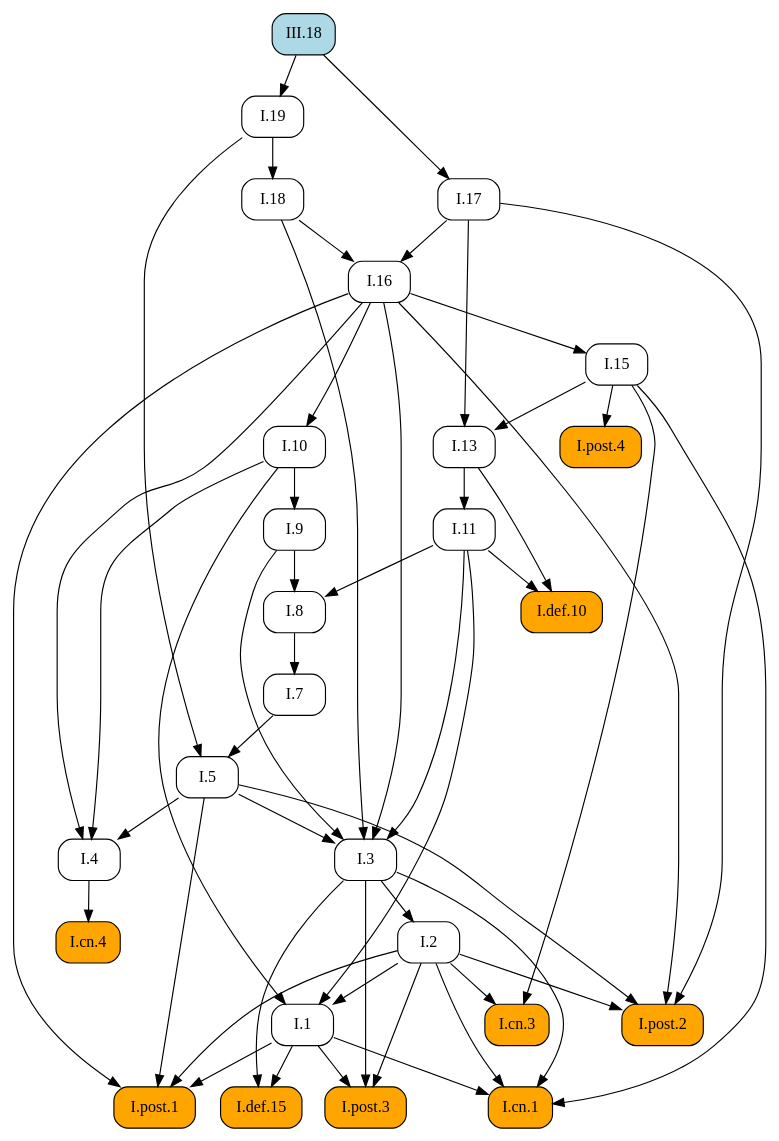
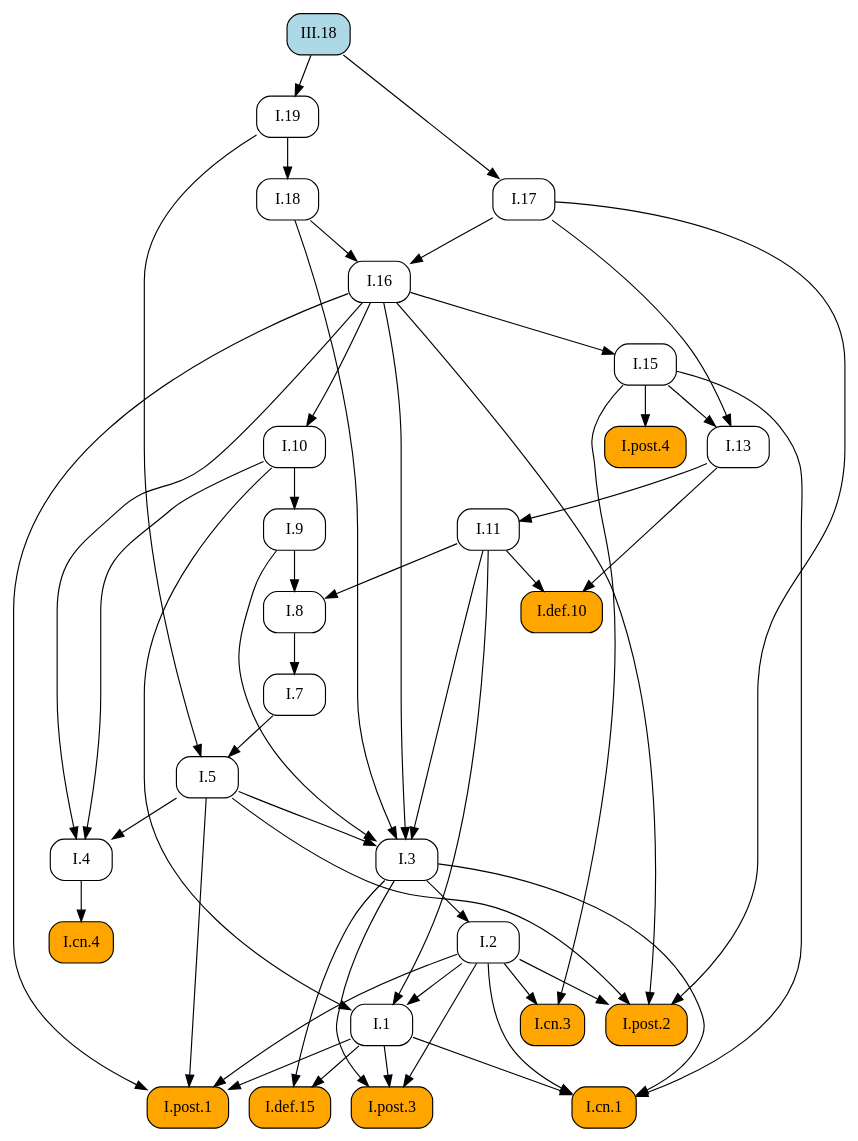
The diagram in docsrc/elements2/III/18/index.rst (geometor/elements), drawn with Graphviz before and after one commit. The commit also changed other lines of this file and 409 other files, not shown here.

First line of the commit message:
feat: Add image cropping and graphic extraction script

```diff
--- a/docsrc/elements2/III/18/index.rst
+++ b/docsrc/elements2/III/18/index.rst
@@ -67,81 +67,81 @@
    digraph {
      rankdir="TB";
      node [shape=box, style=rounded];
+     "III.18" [style="rounded,filled", fillcolor=lightblue, URL="/elements2/III/18/", target="_top"];
+     "I.def.15" [style="rounded,filled", fillcolor=orange, URL="/elements2/I/def.15/", target="_top"];
+     "I.19" [URL="/elements2/I/19/", target="_top"];
+     "I.18" [URL="/elements2/I/18/", target="_top"];
+     "I.11" [URL="/elements2/I/11/", target="_top"];
+     "I.def.10" [style="rounded,filled", fillcolor=orange, URL="/elements2/I/def.10/", target="_top"];
      "I.8" [URL="/elements2/I/8/", target="_top"];
-     "I.19" [URL="/elements2/I/19/", target="_top"];
+     "I.5" [URL="/elements2/I/5/", target="_top"];
+     "I.15" [URL="/elements2/I/15/", target="_top"];
+     "I.3" [URL="/elements2/I/3/", target="_top"];
+     "I.10" [URL="/elements2/I/10/", target="_top"];
+     "I.17" [URL="/elements2/I/17/", target="_top"];
+     "I.cn.3" [style="rounded,filled", fillcolor=orange, URL="/elements2/I/cn.3/", target="_top"];
+     "I.cn.1" [style="rounded,filled", fillcolor=orange, URL="/elements2/I/cn.1/", target="_top"];
+     "I.13" [URL="/elements2/I/13/", target="_top"];
+     "I.4" [URL="/elements2/I/4/", target="_top"];
+     "I.post.3" [style="rounded,filled", fillcolor=orange, URL="/elements2/I/post.3/", target="_top"];
+     "I.7" [URL="/elements2/I/7/", target="_top"];
+     "I.9" [URL="/elements2/I/9/", target="_top"];
+     "I.16" [URL="/elements2/I/16/", target="_top"];
+     "I.post.1" [style="rounded,filled", fillcolor=orange, URL="/elements2/I/post.1/", target="_top"];
+     "I.2" [URL="/elements2/I/2/", target="_top"];
      "I.1" [URL="/elements2/I/1/", target="_top"];
-     "I.cn.3" [style="rounded,filled", fillcolor=orange, URL="/elements2/I/cn.3/", target="_top"];
+     "I.post.4" [style="rounded,filled", fillcolor=orange, URL="/elements2/I/post.4/", target="_top"];
      "I.cn.4" [style="rounded,filled", fillcolor=orange, URL="/elements2/I/cn.4/", target="_top"];
-     "I.7" [URL="/elements2/I/7/", target="_top"];
-     "I.17" [URL="/elements2/I/17/", target="_top"];
-     "I.post.1" [style="rounded,filled", fillcolor=orange, URL="/elements2/I/post.1/", target="_top"];
-     "I.9" [URL="/elements2/I/9/", target="_top"];
-     "I.5" [URL="/elements2/I/5/", target="_top"];
-     "I.cn.1" [style="rounded,filled", fillcolor=orange, URL="/elements2/I/cn.1/", target="_top"];
-     "I.16" [URL="/elements2/I/16/", target="_top"];
-     "I.def.10" [style="rounded,filled", fillcolor=orange, URL="/elements2/I/def.10/", target="_top"];
-     "I.18" [URL="/elements2/I/18/", target="_top"];
-     "I.13" [URL="/elements2/I/13/", target="_top"];
-     "I.post.4" [style="rounded,filled", fillcolor=orange, URL="/elements2/I/post.4/", target="_top"];
-     "I.2" [URL="/elements2/I/2/", target="_top"];
-     "I.def.15" [style="rounded,filled", fillcolor=orange, URL="/elements2/I/def.15/", target="_top"];
-     "I.4" [URL="/elements2/I/4/", target="_top"];
-     "III.18" [style="rounded,filled", fillcolor=lightblue, URL="/elements2/III/18/", target="_top"];
-     "I.11" [URL="/elements2/I/11/", target="_top"];
-     "I.10" [URL="/elements2/I/10/", target="_top"];
-     "I.15" [URL="/elements2/I/15/", target="_top"];
      "I.post.2" [style="rounded,filled", fillcolor=orange, URL="/elements2/I/post.2/", target="_top"];
-     "I.3" [URL="/elements2/I/3/", target="_top"];
-     "I.post.3" [style="rounded,filled", fillcolor=orange, URL="/elements2/I/post.3/", target="_top"];
+     "I.1" -> "I.def.15";
+     "I.3" -> "I.def.15";
+     "III.18" -> "I.19";
+     "I.19" -> "I.18";
+     "I.13" -> "I.11";
+     "I.11" -> "I.def.10";
+     "I.13" -> "I.def.10";
      "I.9" -> "I.8";
      "I.11" -> "I.8";
-     "III.18" -> "I.19";
-     "I.2" -> "I.1";
-     "I.10" -> "I.1";
-     "I.11" -> "I.1";
-     "I.2" -> "I.cn.3";
-     "I.15" -> "I.cn.3";
-     "I.4" -> "I.cn.4";
-     "I.8" -> "I.7";
-     "III.18" -> "I.17";
-     "I.1" -> "I.post.1";
-     "I.2" -> "I.post.1";
-     "I.5" -> "I.post.1";
-     "I.16" -> "I.post.1";
-     "I.10" -> "I.9";
      "I.7" -> "I.5";
      "I.19" -> "I.5";
-     "I.1" -> "I.cn.1";
-     "I.2" -> "I.cn.1";
-     "I.3" -> "I.cn.1";
-     "I.15" -> "I.cn.1";
-     "I.17" -> "I.16";
-     "I.18" -> "I.16";
-     "I.11" -> "I.def.10";
-     "I.13" -> "I.def.10";
-     "I.19" -> "I.18";
-     "I.15" -> "I.13";
-     "I.17" -> "I.13";
-     "I.15" -> "I.post.4";
-     "I.3" -> "I.2";
-     "I.1" -> "I.def.15";
-     "I.3" -> "I.def.15";
-     "I.5" -> "I.4";
-     "I.10" -> "I.4";
-     "I.16" -> "I.4";
-     "I.13" -> "I.11";
-     "I.16" -> "I.10";
      "I.16" -> "I.15";
-     "I.2" -> "I.post.2";
-     "I.5" -> "I.post.2";
-     "I.16" -> "I.post.2";
-     "I.17" -> "I.post.2";
      "I.5" -> "I.3";
      "I.9" -> "I.3";
      "I.11" -> "I.3";
      "I.16" -> "I.3";
      "I.18" -> "I.3";
+     "I.16" -> "I.10";
+     "III.18" -> "I.17";
+     "I.2" -> "I.cn.3";
+     "I.15" -> "I.cn.3";
+     "I.1" -> "I.cn.1";
+     "I.2" -> "I.cn.1";
+     "I.3" -> "I.cn.1";
+     "I.15" -> "I.cn.1";
+     "I.15" -> "I.13";
+     "I.17" -> "I.13";
+     "I.5" -> "I.4";
+     "I.10" -> "I.4";
+     "I.16" -> "I.4";
      "I.1" -> "I.post.3";
      "I.2" -> "I.post.3";
      "I.3" -> "I.post.3";
+     "I.8" -> "I.7";
+     "I.10" -> "I.9";
+     "I.17" -> "I.16";
+     "I.18" -> "I.16";
+     "I.1" -> "I.post.1";
+     "I.2" -> "I.post.1";
+     "I.5" -> "I.post.1";
+     "I.16" -> "I.post.1";
+     "I.3" -> "I.2";
+     "I.2" -> "I.1";
+     "I.10" -> "I.1";
+     "I.11" -> "I.1";
+     "I.15" -> "I.post.4";
+     "I.4" -> "I.cn.4";
+     "I.2" -> "I.post.2";
+     "I.5" -> "I.post.2";
+     "I.16" -> "I.post.2";
+     "I.17" -> "I.post.2";
    }
```
